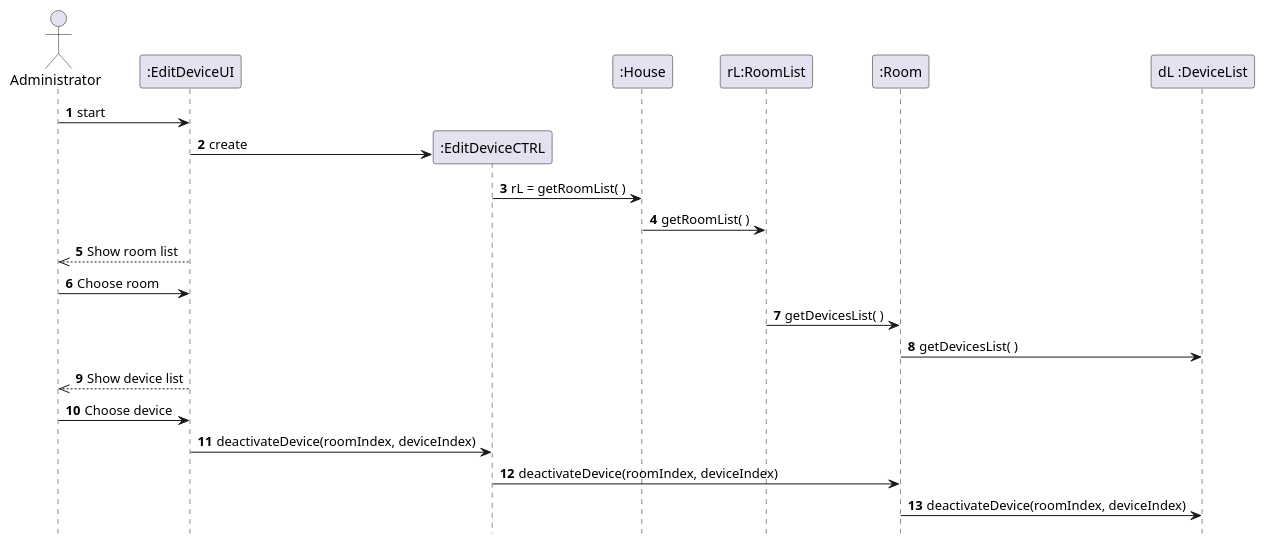
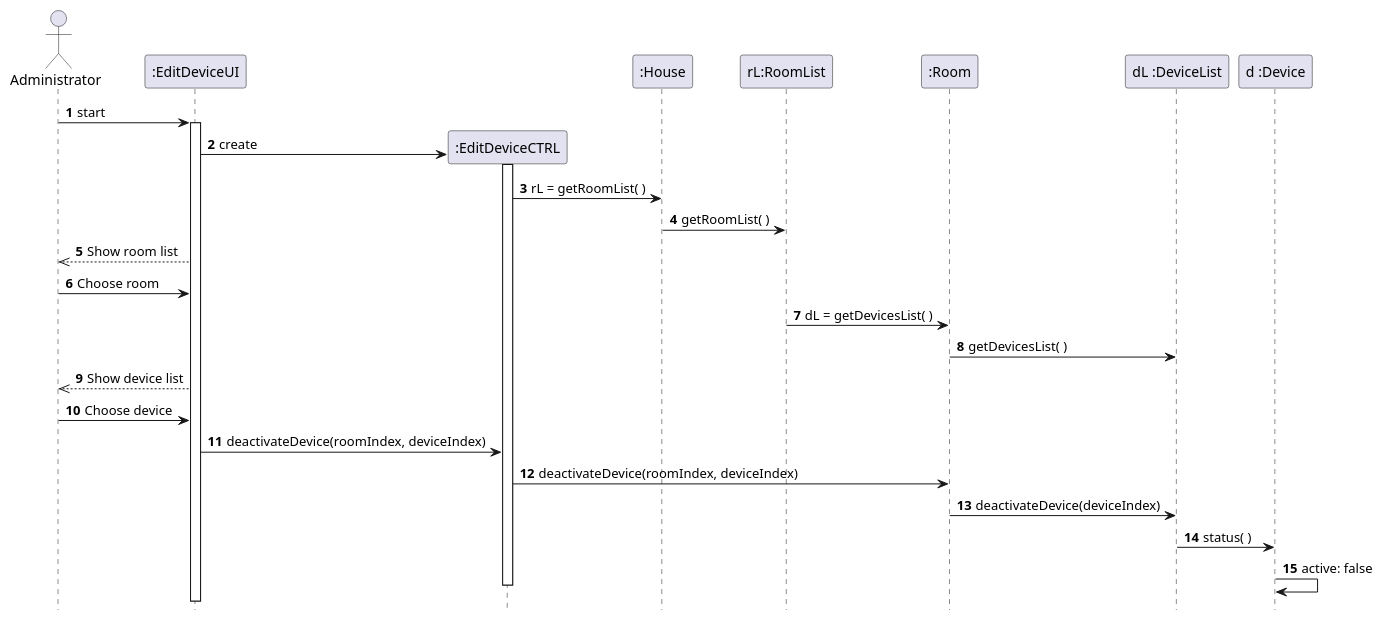
One commit to emanuel-pereira/hou changed the diagram in src/main/java/smarthome/uml/sequencediagrams/DeactivateDeviceSequence.puml. Above: the diagram before and after it, drawn with PlantUML. The commit also changed 1 other file, not shown here.

Commit message:
Sequence Diagram US220/US222 update

```diff
--- a/src/main/java/smarthome/uml/sequencediagrams/DeactivateDeviceSequence.puml
+++ b/src/main/java/smarthome/uml/sequencediagrams/DeactivateDeviceSequence.puml
@@ -1,34 +1,41 @@
 @startuml
 autonumber
 hidefootbox
 
 actor Administrator
 
 Administrator -> ":EditDeviceUI": start
 
 create ":EditDeviceCTRL"
+activate ":EditDeviceUI"
 ":EditDeviceUI" -> ":EditDeviceCTRL": create
 
+activate ":EditDeviceCTRL"
 ":EditDeviceCTRL" -> ":House": rL = getRoomList( )
 
 ":House" -> "rL:RoomList": getRoomList( )
 
 Administrator <<-- ":EditDeviceUI": Show room list
 
 Administrator -> ":EditDeviceUI": Choose room
 
-"rL:RoomList" -> ":Room": getDevicesList( )
+"rL:RoomList" -> ":Room": dL = getDevicesList( )
 
 ":Room" -> "dL :DeviceList": getDevicesList( )
 
 Administrator <<-- ":EditDeviceUI": Show device list
 
 Administrator -> ":EditDeviceUI": Choose device
 
 ":EditDeviceUI" -> ":EditDeviceCTRL": deactivateDevice(roomIndex, deviceIndex)
 
 ":EditDeviceCTRL" -> ":Room": deactivateDevice(roomIndex, deviceIndex)
 
-":Room" -> "dL :DeviceList": deactivateDevice(roomIndex, deviceIndex)
+":Room" -> "dL :DeviceList": deactivateDevice(deviceIndex)
 
+"dL :DeviceList" -> "d :Device": status( )
+
+"d :Device" -> "d :Device": active: false
+
+deactivate ":EditDeviceCTRL"
 @enduml
```
